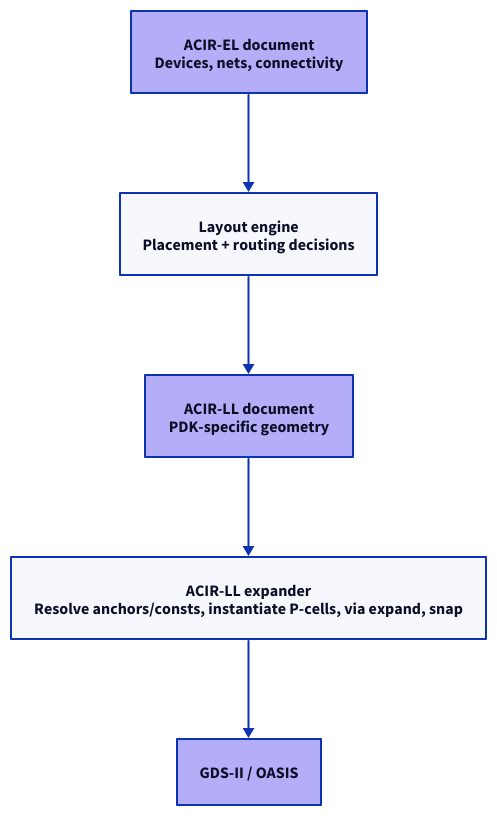
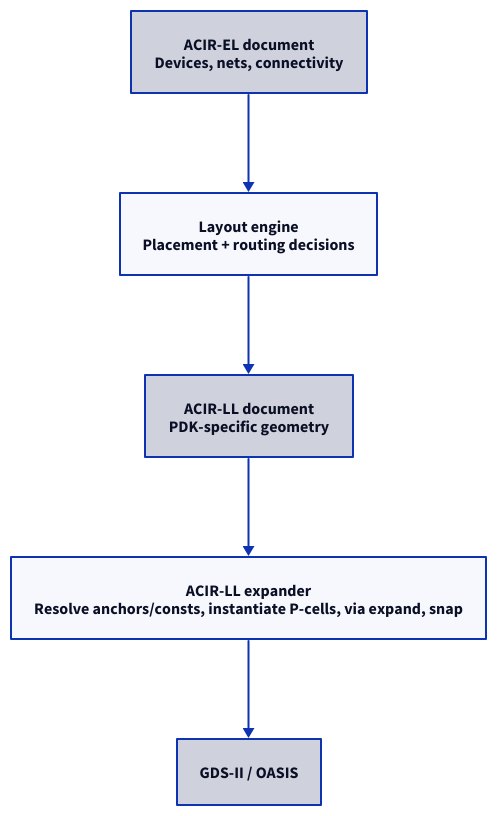
One commit to daniellovell/cascode changed the diagram in docs/rfcs/resources/0001/data-flow.d2. Above: the diagram before and after it, drawn with D2. The commit also changed 9 other files, not shown here. The source asks for the TALA layout; these drawings use dagre instead.

```diff
--- a/docs/rfcs/resources/0001/data-flow.d2
+++ b/docs/rfcs/resources/0001/data-flow.d2
@@ -1,18 +1,18 @@
 vars: {
   d2-config: {
     layout-engine: tala
   }
 }
 
 direction: down
 
-acir_el: "ACIR-EL document\nDevices, nets, connectivity" {style.fill: "#b4aef8"}
+acir_el: "ACIR-EL document\nDevices, nets, connectivity" {style.fill: "#cfd2dd"}
 layout: "Layout engine\nPlacement + routing decisions"
-acir_ll: "ACIR-LL document\nPDK-specific geometry" {style.fill: "#b4aef8"}
+acir_ll: "ACIR-LL document\nPDK-specific geometry" {style.fill: "#cfd2dd"}
 expander: "ACIR-LL expander\nResolve anchors/consts, instantiate P-cells, via expand, snap"
 gds: "GDS-II / OASIS" {
   style.shadow: false
-  style.fill: "#b4aef8"
+  style.fill: "#cfd2dd"
 }
 
 acir_el -> layout -> acir_ll -> expander -> gds
```
